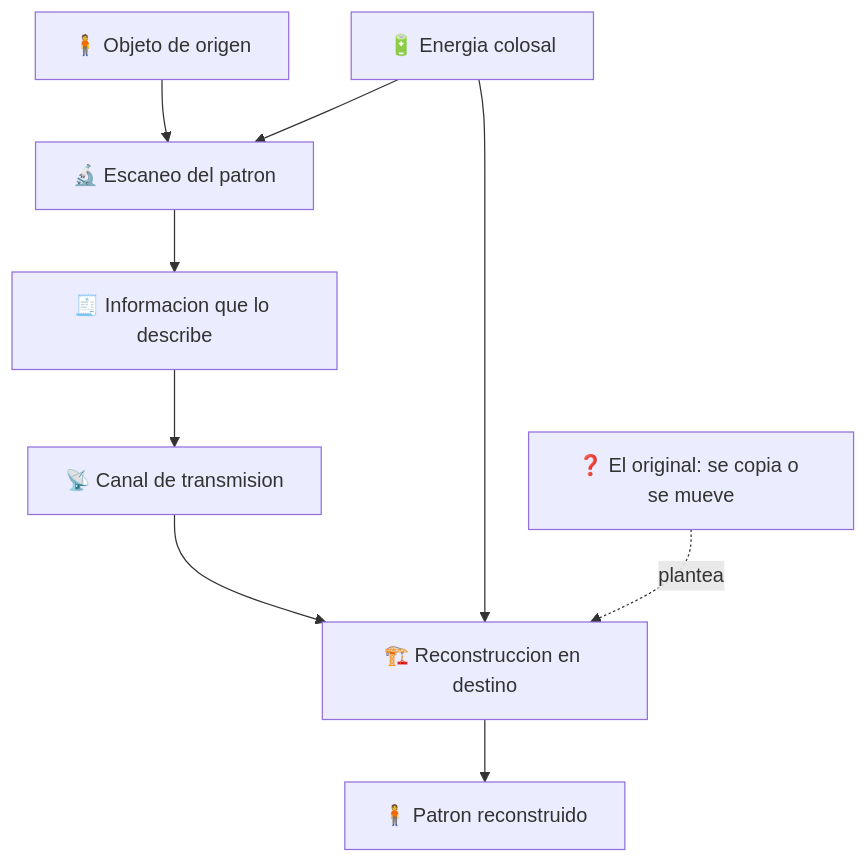
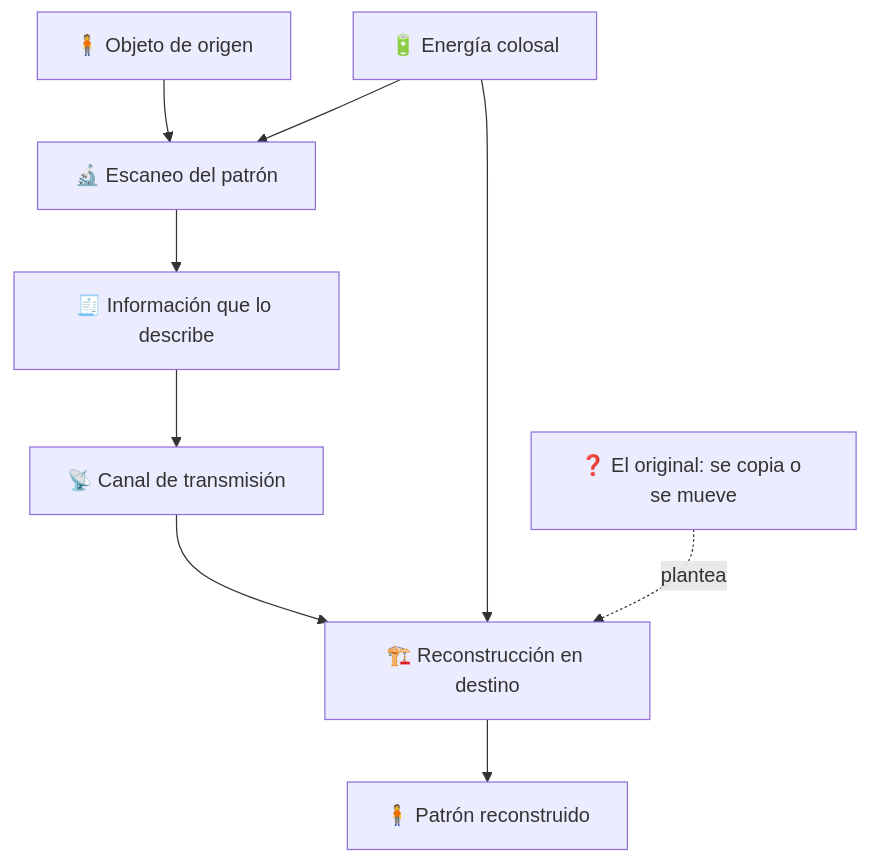
The diagram in vehiculos-fantasticos/teletransportador/README.md (vladimiracunadev-create/machine-operator-program), drawn with Mermaid before and after one commit. The commit also changed other lines of this file and 442 other files, not shown here.

````diff
--- a/vehiculos-fantasticos/teletransportador/README.md
+++ b/vehiculos-fantasticos/teletransportador/README.md
@@ -35,11 +35,11 @@
 ```mermaid
 flowchart TD
-    Objeto[🧍 Objeto de origen] --> Escaner[🔬 Escaneo del patron]
-    Escaner --> Info[🧾 Informacion que lo describe]
-    Info --> Canal[📡 Canal de transmision]
-    Canal --> Recon[🏗️ Reconstruccion en destino]
-    Energia[🔋 Energia colosal] --> Escaner
+    Objeto[🧍 Objeto de origen] --> Escaner[🔬 Escaneo del patrón]
+    Escaner --> Info[🧾 Información que lo describe]
+    Info --> Canal[📡 Canal de transmisión]
+    Canal --> Recon[🏗️ Reconstrucción en destino]
+    Energia[🔋 Energía colosal] --> Escaner
     Energia --> Recon
-    Recon --> Copia[🧍 Patron reconstruido]
+    Recon --> Copia[🧍 Patrón reconstruido]
     Duda[❓ El original: se copia o se mueve] -. plantea .-> Recon
 ```
````
